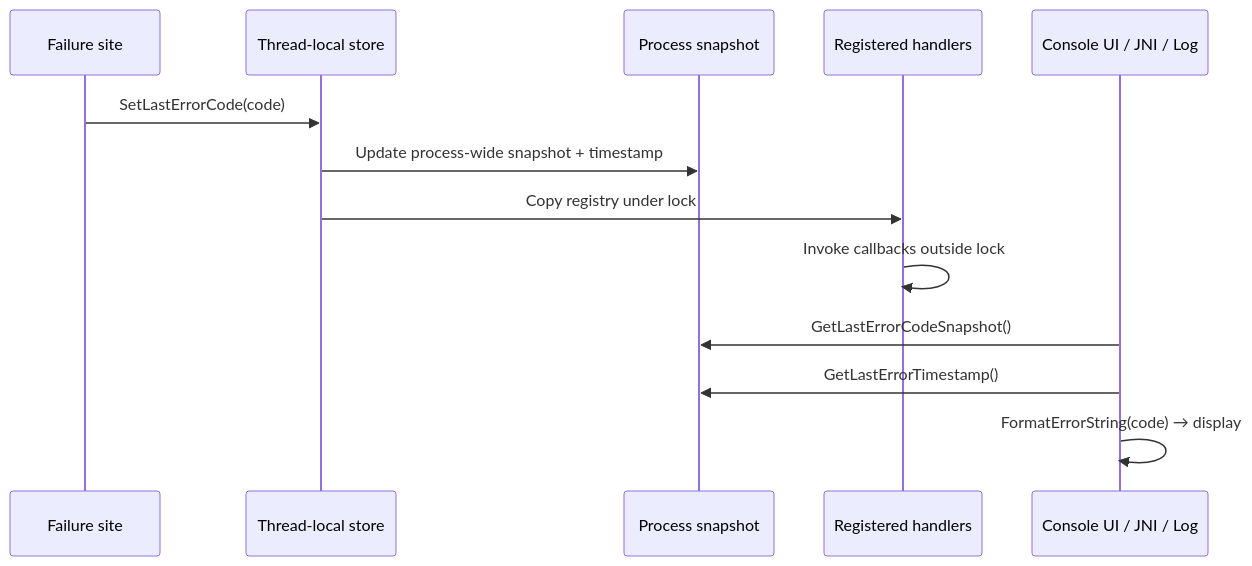
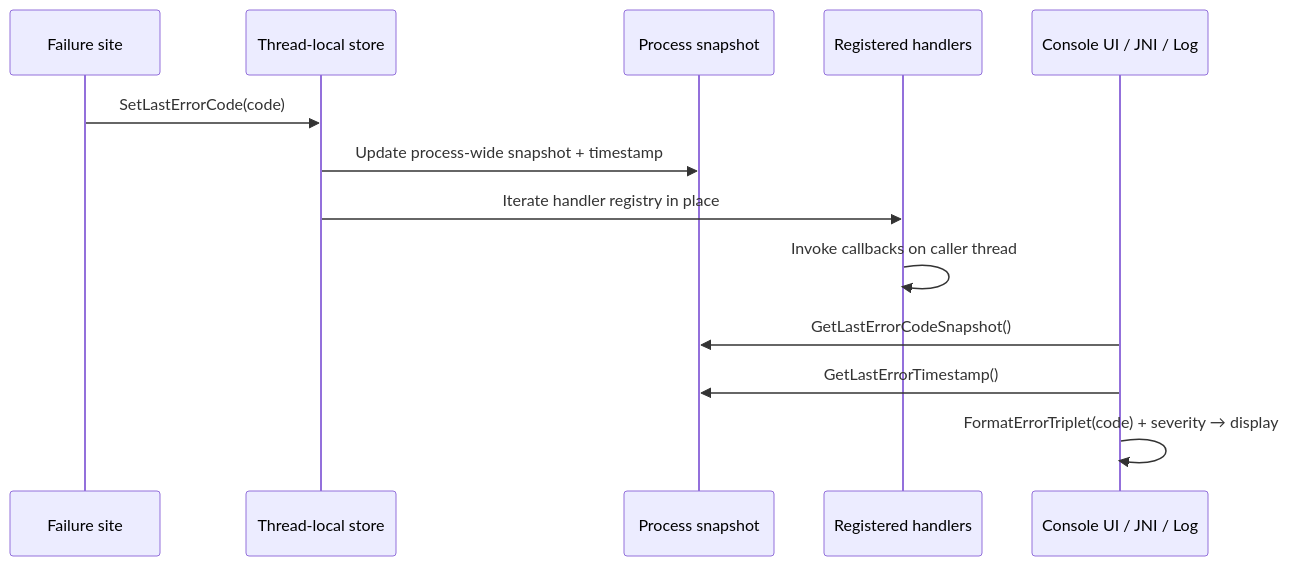
One commit to HyacinthHaru/openppp2 changed the third of 3 diagrams in docs/ERROR_HANDLING_API.md. Above: the diagram before and after it, drawn with Mermaid. The commit also changed other lines of this file and 16 other files, not shown here.

Commit message:
Continuous improvement and optimization of error code paths, as well as updates to the documentation.

````diff
--- a/docs/ERROR_HANDLING_API.md
+++ b/docs/ERROR_HANDLING_API.md
@@ -253,16 +273,16 @@
 ```mermaid
 sequenceDiagram
     participant FailSite as Failure site
     participant TL as Thread-local store
     participant PS as Process snapshot
     participant Handlers as Registered handlers
     participant UI as Console UI / JNI / Log
 
     FailSite->>TL: SetLastErrorCode(code)
     TL->>PS: Update process-wide snapshot + timestamp
-    TL->>Handlers: Copy registry under lock
-    Handlers->>Handlers: Invoke callbacks outside lock
+    TL->>Handlers: Iterate handler registry in place
+    Handlers->>Handlers: Invoke callbacks on caller thread
     UI->>PS: GetLastErrorCodeSnapshot()
     UI->>PS: GetLastErrorTimestamp()
-    UI->>UI: FormatErrorString(code) → display
+    UI->>UI: FormatErrorTriplet(code) + severity → display
 ```
````
